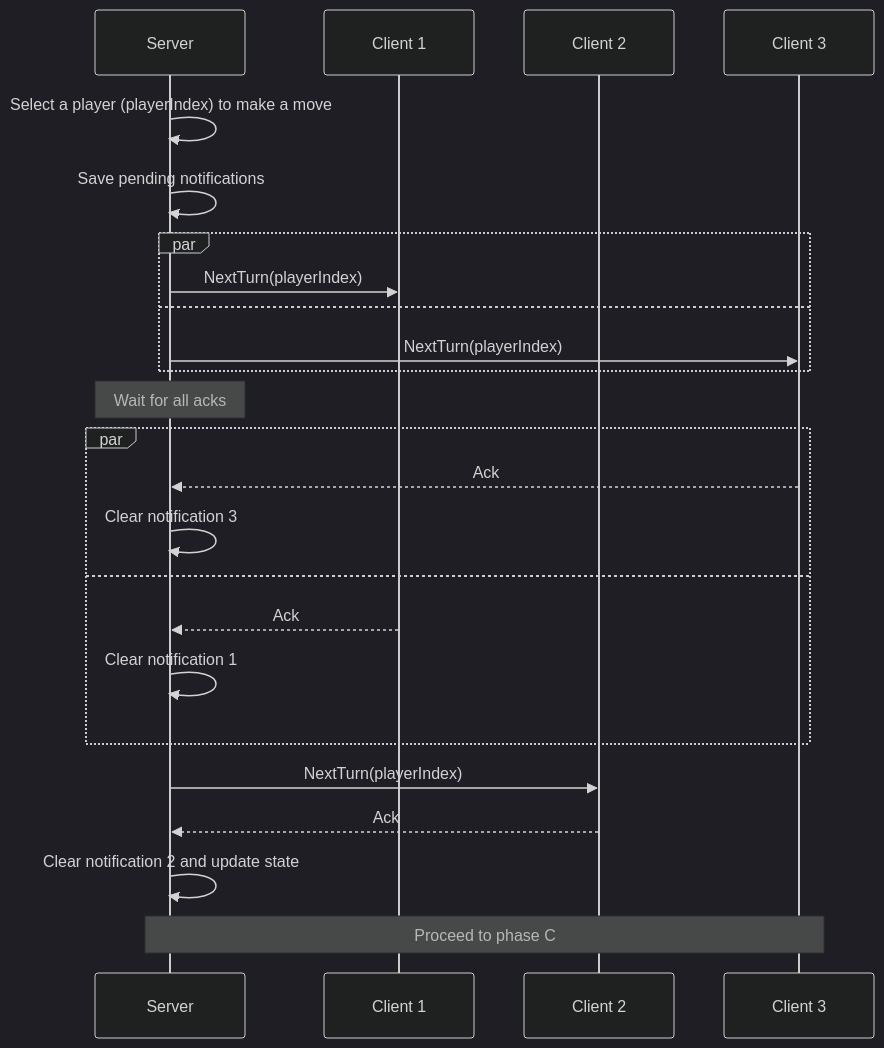
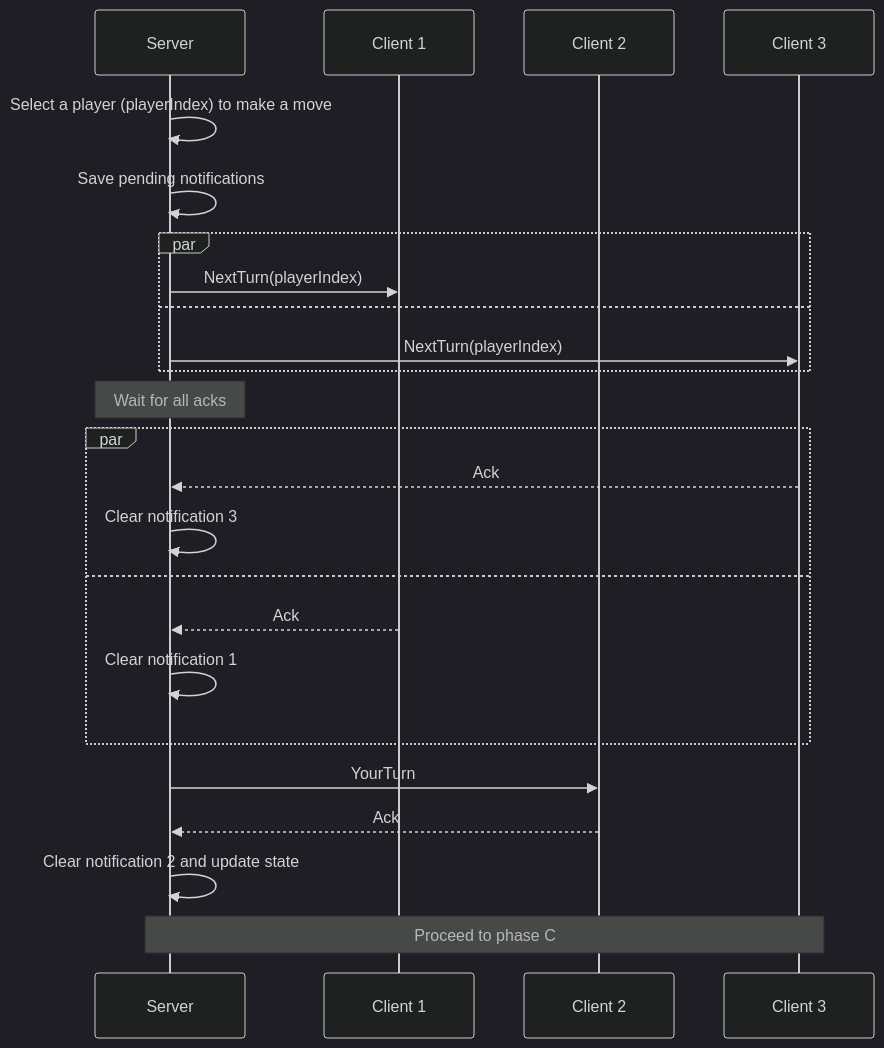
The third of 15 diagrams in README.md (roman-zubarevich/another), drawn with Mermaid (dark theme) before and after one commit. The commit also changed other lines of this file, not shown here.

````diff
--- a/README.md
+++ b/README.md
@@ -74,26 +74,26 @@
 ```mermaid
 sequenceDiagram
     participant S as Server
     participant C1 as Client 1
     participant C2 as Client 2
     participant C3 as Client 3
     S->>S: Select a player (playerIndex) to make a move
     S->>S: Save pending notifications
     par
         S->>C1: NextTurn(playerIndex)
     and
         S->>C3: NextTurn(playerIndex)
     end
     Note over S: Wait for all acks
     par
         C3-->>S: Ack
         S->>S: Clear notification 3
     and
         C1-->>S: Ack
         S->>S: Clear notification 1
     end
-    S->>C2: NextTurn(playerIndex)
+    S->>C2: YourTurn
     C2-->>S: Ack
     S->>S: Clear notification 2 and update state
     Note over S,C3: Proceed to phase C
 ```
````
